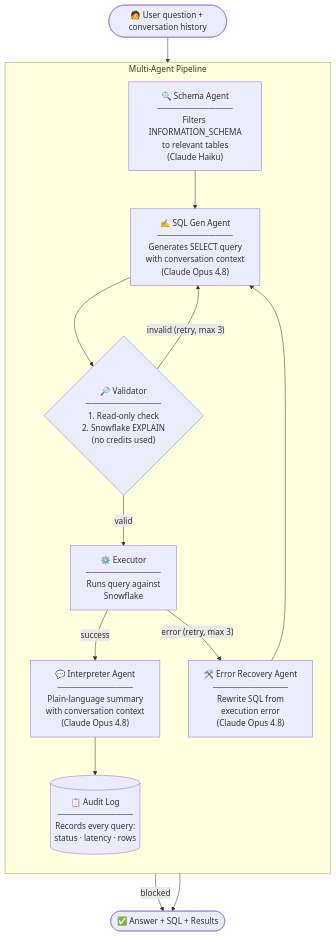
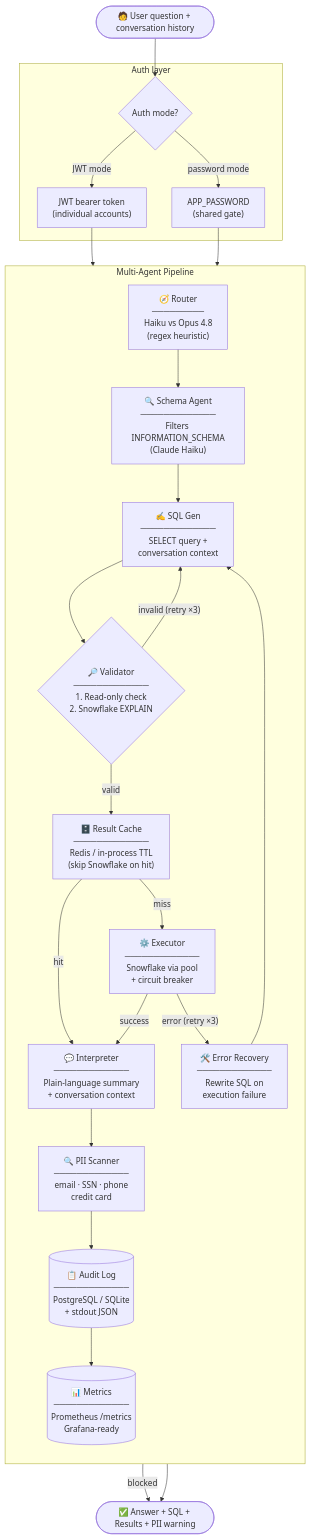
One commit to rayappagari/snowflake-query-assistant changed the diagram in README.md. Above: the diagram before and after it, drawn with Mermaid. The commit also changed other lines of this file, not shown here.

````diff
--- a/README.md
+++ b/README.md
@@ -28,29 +35,42 @@
 ```mermaid
 flowchart TD
     User(["🧑 User question + conversation history"])
 
+    subgraph Auth ["Auth layer"]
+        AM{"Auth mode?"}
+        JWT["JWT bearer token\n(individual accounts)"]
+        PW["APP_PASSWORD\n(shared gate)"]
+    end
+
     subgraph Agents ["Multi-Agent Pipeline"]
         direction TB
-        A["🔍 Schema Agent\n─────────────\nFilters INFORMATION_SCHEMA\nto relevant tables\n(Claude Haiku)"]
-        B["✍️ SQL Gen Agent\n─────────────\nGenerates SELECT query\nwith conversation context\n(Claude Opus 4.8)"]
-        C{"🔎 Validator\n─────────────\n1. Read-only check\n2. Snowflake EXPLAIN\n(no credits used)"}
-        D["⚙️ Executor\n─────────────\nRuns query against\nSnowflake"]
-        E["💬 Interpreter Agent\n─────────────\nPlain-language summary\nwith conversation context\n(Claude Opus 4.8)"]
-        F["🛠️ Error Recovery Agent\n─────────────\nRewrite SQL from\nexecution error\n(Claude Opus 4.8)"]
-        G[("📋 Audit Log\n─────────────\nRecords every query:\nstatus · latency · rows")]
+        R["🧭 Router\n─────────\nHaiku vs Opus 4.8\n(regex heuristic)"]
+        A["🔍 Schema Agent\n─────────────\nFilters INFORMATION_SCHEMA\n(Claude Haiku)"]
+        B["✍️ SQL Gen\n─────────────\nSELECT query +\nconversation context"]
+        C{"🔎 Validator\n─────────────\n1. Read-only check\n2. Snowflake EXPLAIN"}
+        CA["🗄️ Result Cache\n─────────────\nRedis / in-process TTL\n(skip Snowflake on hit)"]
+        D["⚙️ Executor\n─────────────\nSnowflake via pool\n+ circuit breaker"]
+        E["💬 Interpreter\n─────────────\nPlain-language summary\n+ conversation context"]
+        F["🛠️ Error Recovery\n─────────────\nRewrite SQL on\nexecution failure"]
+        P["🔍 PII Scanner\n─────────────\nemail · SSN · phone\ncredit card"]
+        G[("📋 Audit Log\n─────────────\nPostgreSQL / SQLite\n+ stdout JSON")]
+        M[("📊 Metrics\n─────────────\nPrometheus /metrics\nGrafana-ready")]
     end
 
-    Result(["✅ Answer + SQL + Results"])
+    Result(["✅ Answer + SQL + Results + PII warning"])
 
-    User --> A
-    A --> B
-    B --> C
+    User --> AM
+    AM -- JWT mode --> JWT --> R
+    AM -- password mode --> PW --> R
+    R --> A --> B --> C
     C -- blocked --> Result
-    C -- "invalid (retry, max 3)" --> B
-    C -- valid --> D
+    C -- "invalid (retry ×3)" --> B
+    C -- valid --> CA
+    CA -- hit --> E
+    CA -- miss --> D
     D -- success --> E
-    D -- "error (retry, max 3)" --> F
-    F --> B
-    E --> Result
-    E --> G
+    D -- "error (retry ×3)" --> F --> B
+    E --> P --> Result
+    P --> G
+    G --> M
 ```
````
